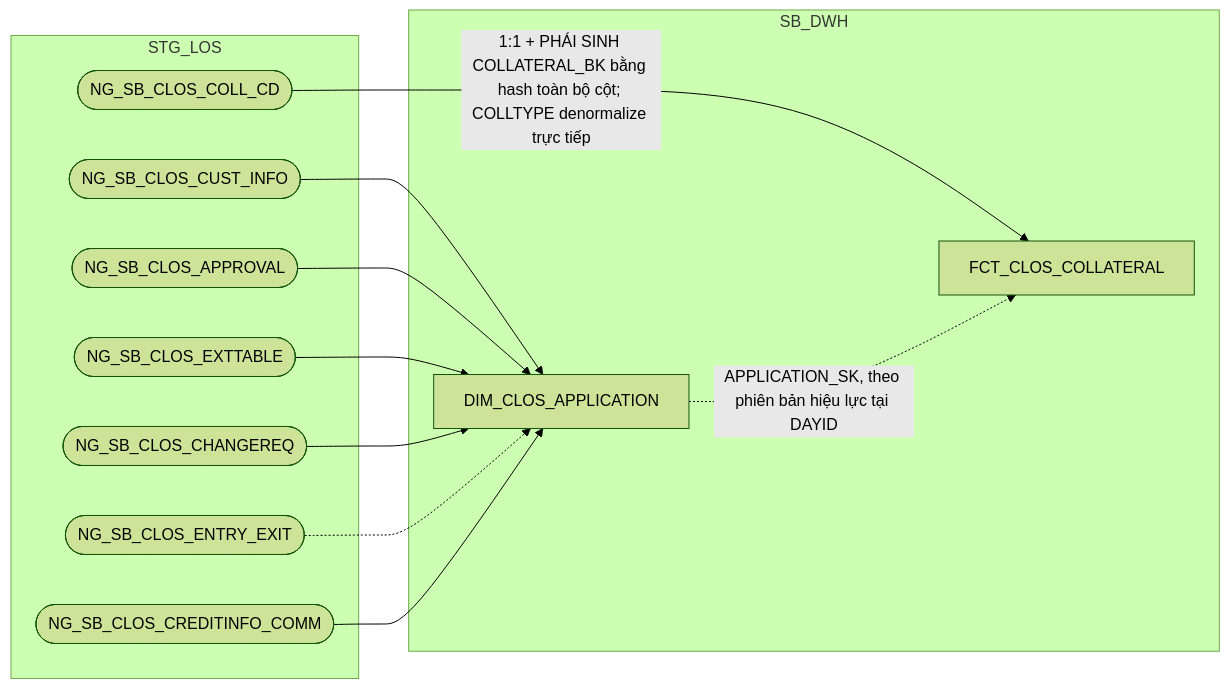
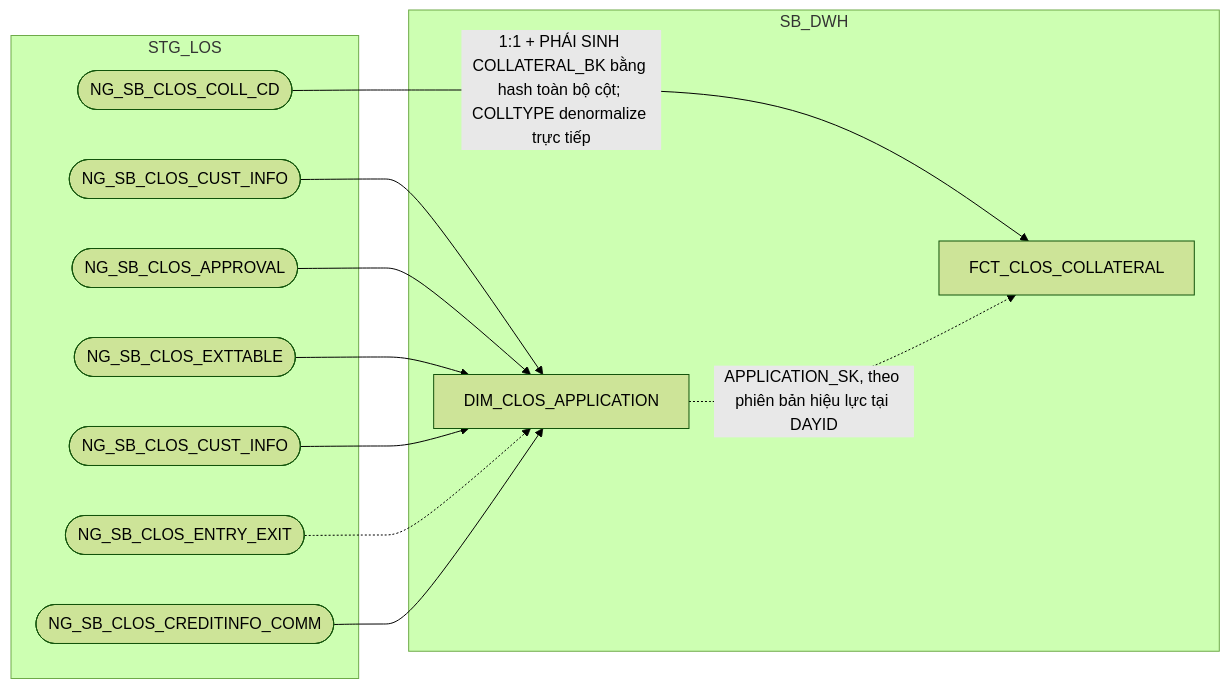
Before and after one commit to chien1198/sb-mapping-gen: the second of 14 diagrams in hld/hld_review/HLD_FCT_SB_DWH_review.md, drawn with Mermaid (forest theme). The commit also changed other lines of this file and 10 other files, not shown here.

````diff
--- a/hld/hld_review/HLD_FCT_SB_DWH_review.md
+++ b/hld/hld_review/HLD_FCT_SB_DWH_review.md
@@ -123,24 +123,24 @@
 ```mermaid
 flowchart LR
     subgraph STG_LOS
         A(["NG_SB_CLOS_COLL_CD"])
         H(["NG_SB_CLOS_CUST_INFO"])
         I(["NG_SB_CLOS_APPROVAL"])
         J(["NG_SB_CLOS_EXTTABLE"])
-        K1(["NG_SB_CLOS_CHANGEREQ"])
+        K1(["NG_SB_CLOS_CUST_INFO"])
         L(["NG_SB_CLOS_ENTRY_EXIT"])
         N(["NG_SB_CLOS_CREDITINFO_COMM"])
     end
     subgraph SB_DWH
         D["DIM_CLOS_APPLICATION"]
         C["FCT_CLOS_COLLATERAL"]
     end
     A -->|"1:1 + PHÁI SINH COLLATERAL_BK bằng hash toàn bộ cột; COLLTYPE denormalize trực tiếp"| C
     D -.->|APPLICATION_SK, theo phiên bản hiệu lực tại DAYID| C
     H --> D
     I --> D
     J --> D
     K1 --> D
     L -.-> D
     N --> D
 ```
````
